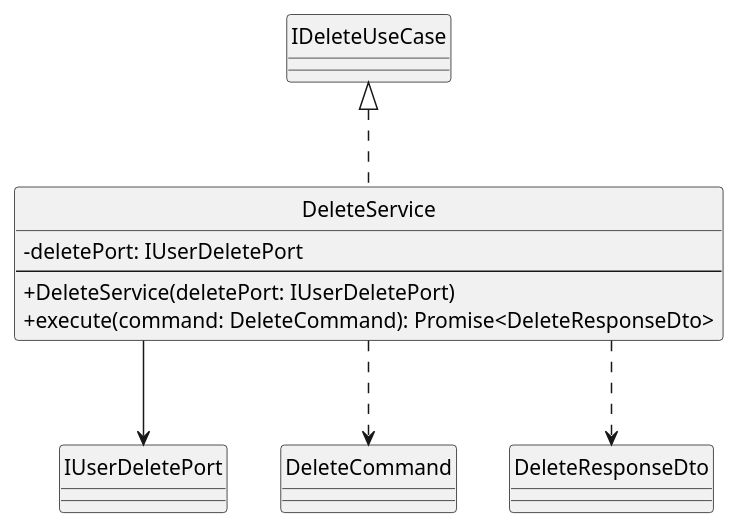
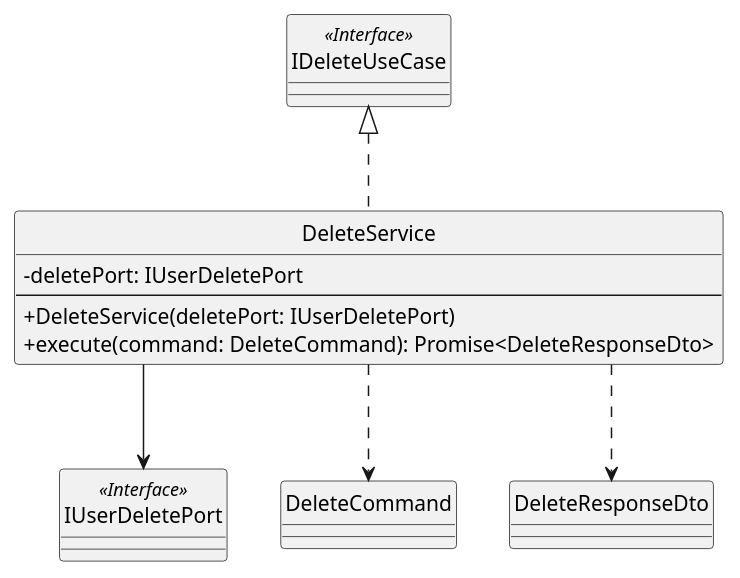
One commit to SkarabGroup/DocumentazioneProgetto changed the diagram in assets/st_diagrams/code/plantuml/account/application/services/delete.service.plantuml. Above: the diagram before and after it, drawn with PlantUML. The commit also changed 107 other files, not shown here.

Commit message:
Fixed all diagrams with interfaces

```diff
--- a/assets/st_diagrams/code/plantuml/account/application/services/delete.service.plantuml
+++ b/assets/st_diagrams/code/plantuml/account/application/services/delete.service.plantuml
@@ -1,23 +1,26 @@
 @startuml DeleteService
 
 skinparam componentStyle uml2.5
 skinparam linetype ortho
 skinparam nodesep auto
 skinparam ranksep 70
 skinparam ClassAttributeIconSize 0
 hide circles
 
+class IDeleteUseCase <<Interface>> 
+class IUserDeletePort <<Interface>> 
+
 class DeleteService {
     - deletePort: IUserDeletePort
     ---
     + DeleteService(deletePort: IUserDeletePort)
     + execute(command: DeleteCommand): Promise<DeleteResponseDto>
 }
 
 ' Relations
-DeleteService ..up|> IDeleteUseCase
+DeleteService ..up|> IDeleteUseCase 
 DeleteService --> IUserDeletePort
 DeleteService ..> DeleteCommand
 DeleteService ..> DeleteResponseDto
 
 @enduml
```
